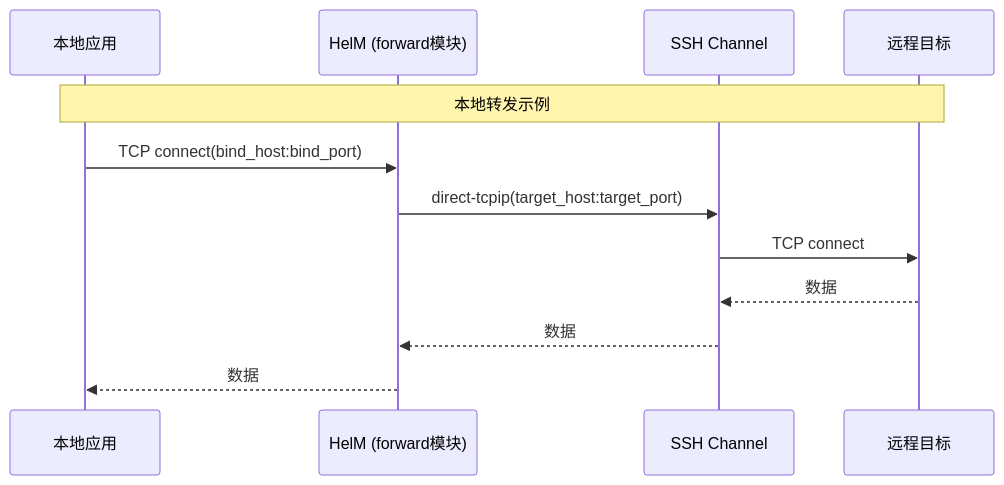
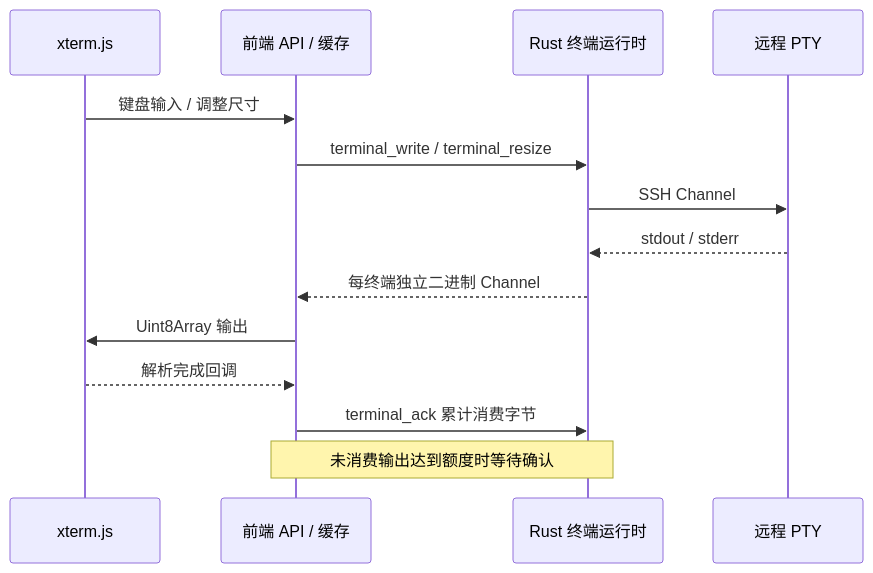
One commit to lookfeeb/Hlem_SSH changed the third of 6 diagrams in README.md. Above: the diagram before and after it, drawn with Mermaid. The commit also changed other lines of this file and 47 other files, not shown here.

````diff
--- a/README.md
+++ b/README.md
@@ -421,15 +186,16 @@
 ```mermaid
 sequenceDiagram
-    participant App as 本地应用
-    participant HelM as HelM (forward模块)
-    participant SSH as SSH Channel
-    participant Target as 远程目标
-
-    Note over App,Target: 本地转发示例
-    App->>HelM: TCP connect(bind_host:bind_port)
-    HelM->>SSH: direct-tcpip(target_host:target_port)
-    SSH->>Target: TCP connect
-    Target-->>SSH: 数据
-    SSH-->>HelM: 数据
-    HelM-->>App: 数据
+    participant X as xterm.js
+    participant F as 前端 API / 缓存
+    participant R as Rust 终端运行时
+    participant S as 远程 PTY
+    X->>F: 键盘输入 / 调整尺寸
+    F->>R: terminal_write / terminal_resize
+    R->>S: SSH Channel
+    S-->>R: stdout / stderr
+    R-->>F: 每终端独立二进制 Channel
+    F->>X: Uint8Array 输出
+    X-->>F: 解析完成回调
+    F->>R: terminal_ack 累计消费字节
+    Note over R,F: 未消费输出达到额度时等待确认
 ```
````
